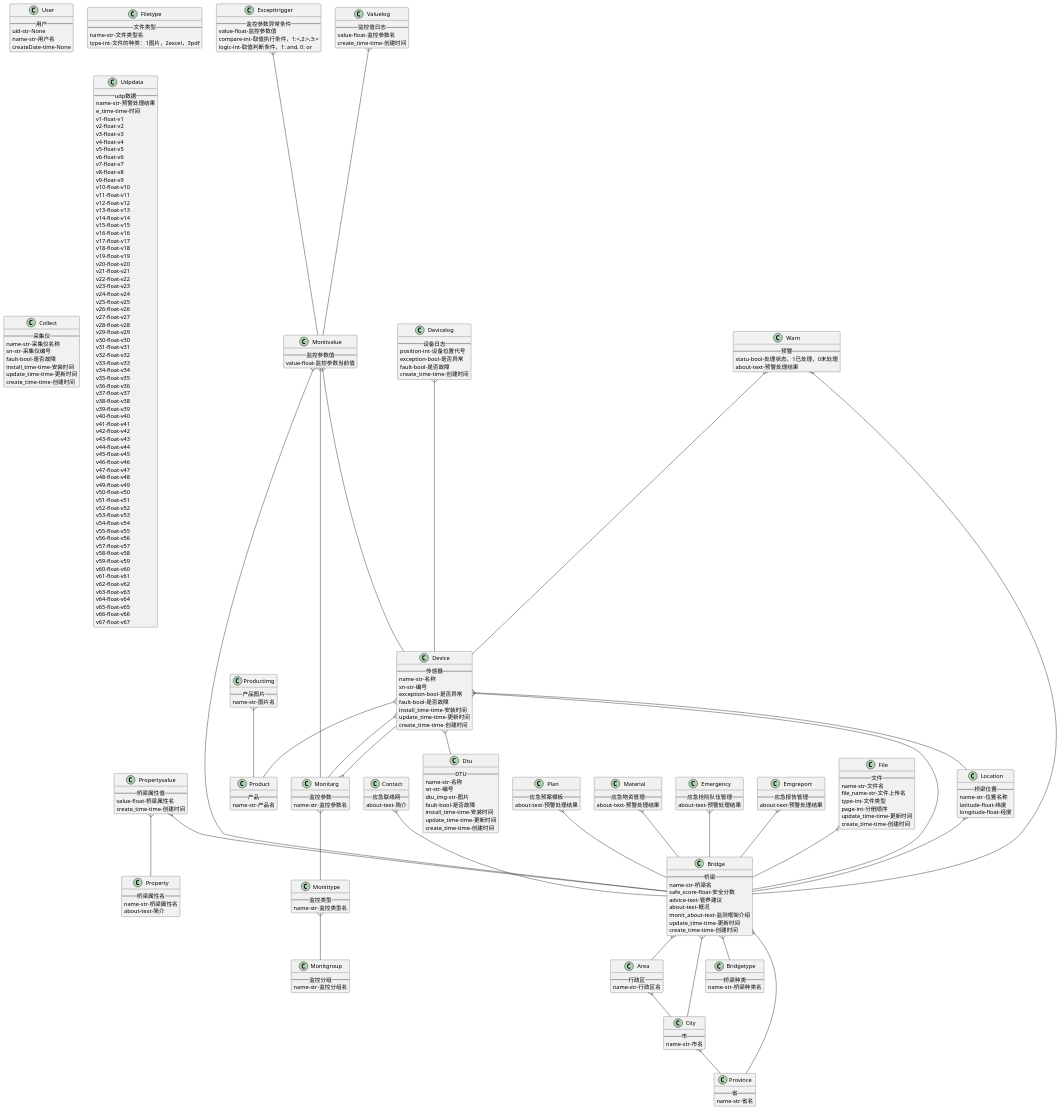
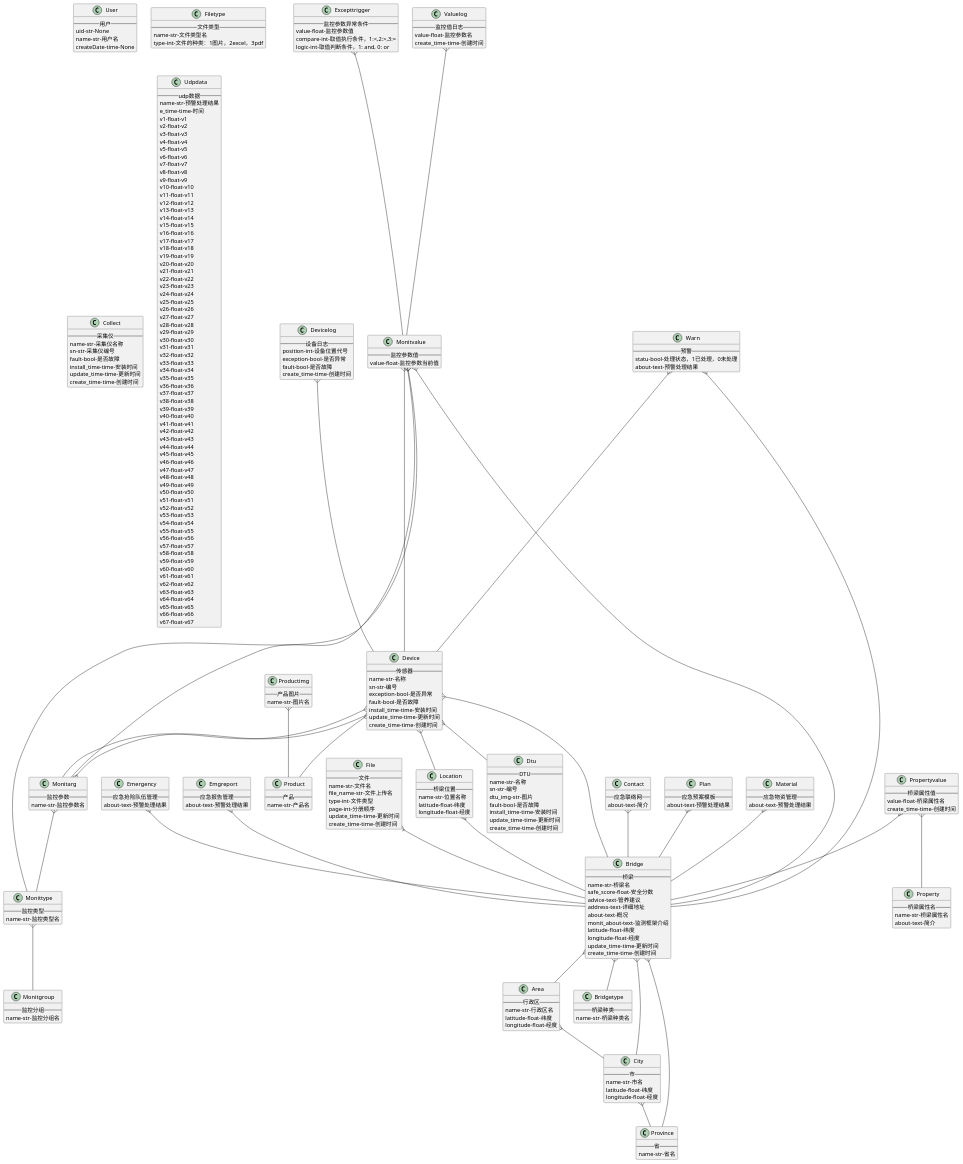
One commit to drgonn/doc changed the diagram in 表结构.plantuml. Above: the diagram before and after it, drawn with PlantUML. The commit also changed 3 other files, not shown here.

```diff
--- a/表结构.plantuml
+++ b/表结构.plantuml
@@ -12,11 +12,15 @@
 Class City {
 	--市--
 	name-str-市名
+	latitude-float-纬度
+	longitude-float-经度
 }
 City }-- Province
 Class Area {
 	--行政区--
 	name-str-行政区名
+	latitude-float-纬度
+	longitude-float-经度
 }
 Area }-- City
 Class Bridgetype {
@@ -28,8 +32,11 @@
 	name-str-桥梁名
 	safe_score-float-安全分数
 	advice-text-管养建议
+	address-text-详细地址
 	about-text-概况
 	monit_about-text-监测框架介绍
+	latitude-float-纬度
+	longitude-float-经度
 	update_time-time-更新时间
 	create_time-time-创建时间
 }
@@ -141,6 +148,7 @@
 	--监控参数值--
 	value-float-监控参数当前值
 }
+Monitvalue }-- Monittype
 Monitvalue }-- Monitarg
 Monitvalue }-- Device
 Monitvalue }-- Bridge
```
